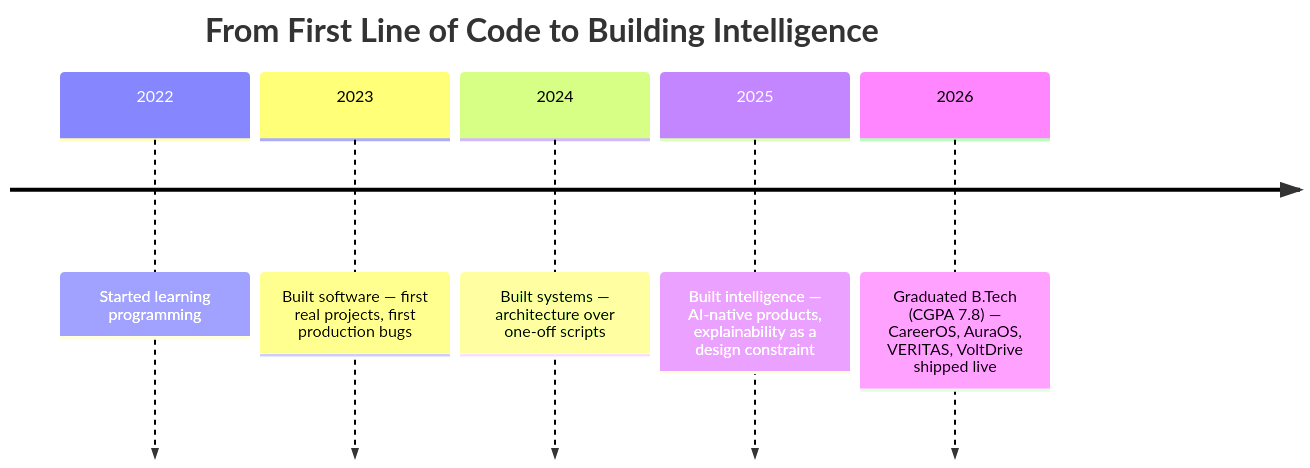
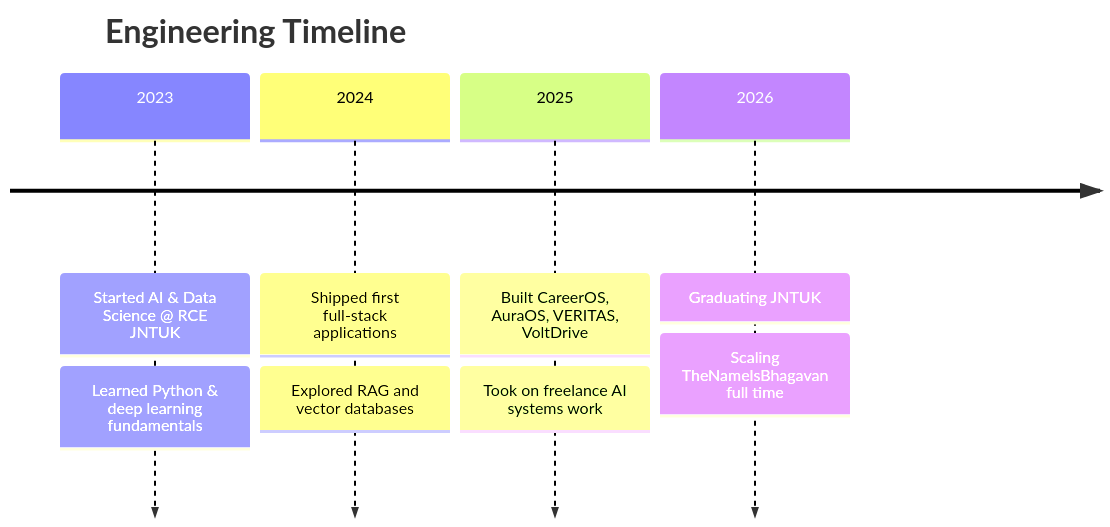
The second of 2 diagrams in README.md (thenameisbhagavan/Bhagavan), drawn with Mermaid before and after one commit. The commit also changed other lines of this file, not shown here.

````diff
--- a/README.md
+++ b/README.md
@@ -343,9 +168,12 @@
 ```mermaid
 timeline
-    title From First Line of Code to Building Intelligence
-    2022 : Started learning programming
-    2023 : Built software — first real projects, first production bugs
-    2024 : Built systems — architecture over one-off scripts
-    2025 : Built intelligence — AI-native products, explainability as a design constraint
-    2026 : Graduated B.Tech (CGPA 7.8) — CareerOS, AuraOS, VERITAS, VoltDrive shipped live
+    title Engineering Timeline
+    2023 : Started AI & Data Science @ RCE JNTUK
+         : Learned Python & deep learning fundamentals
+    2024 : Shipped first full-stack applications
+         : Explored RAG and vector databases
+    2025 : Built CareerOS, AuraOS, VERITAS, VoltDrive
+         : Took on freelance AI systems work
+    2026 : Graduating JNTUK
+         : Scaling TheNameIsBhagavan full time
 ```
````
